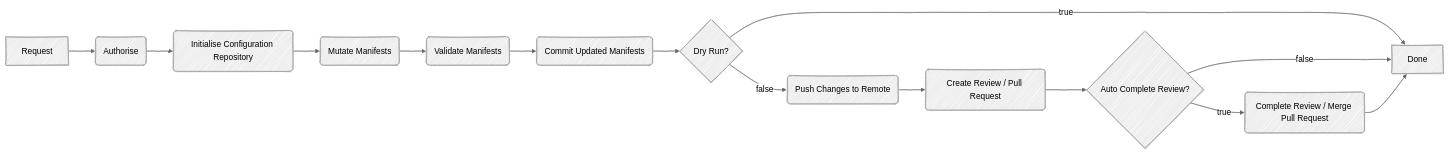
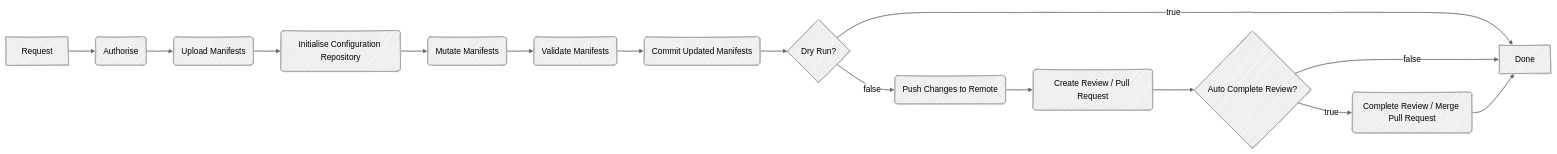
Before and after one commit to tvandinther/gitops-manager: the diagram in README.md, drawn with Mermaid (neutral theme). The commit also changed 4 other files, not shown here.

First line of the commit message:
Change request flow (#8)

````diff
--- a/README.md
+++ b/README.md
@@ -5,22 +5,23 @@
 ```mermaid
 ---
 config:
   layout: dagre
   look: handDrawn
 ---
 flowchart LR
   REQ[Request] --> AUTHZ(Authorise)
-  AUTHZ --> INIT(Initialise Configuration Repository)
+  AUTHZ --> UPLOAD(Upload Manifests)
+  UPLOAD --> INIT(Initialise Configuration Repository)
   INIT --> MUT(Mutate Manifests)
   MUT --> VAL(Validate Manifests)
   VAL --> COM(Commit Updated Manifests)
   COM --> DR?{Dry Run?}
   DR? --true-->DONE
   DR? --false--> PUSH(Push Changes to Remote)
   PUSH --> CPR(Create Review / Pull Request)
   CPR --> AM?{Auto Complete Review?}
   AM? --true--> MPR(Complete Review / Merge Pull Request)
   AM? --false-->DONE
   MPR-->DONE
   DONE[Done]
 ```
````
